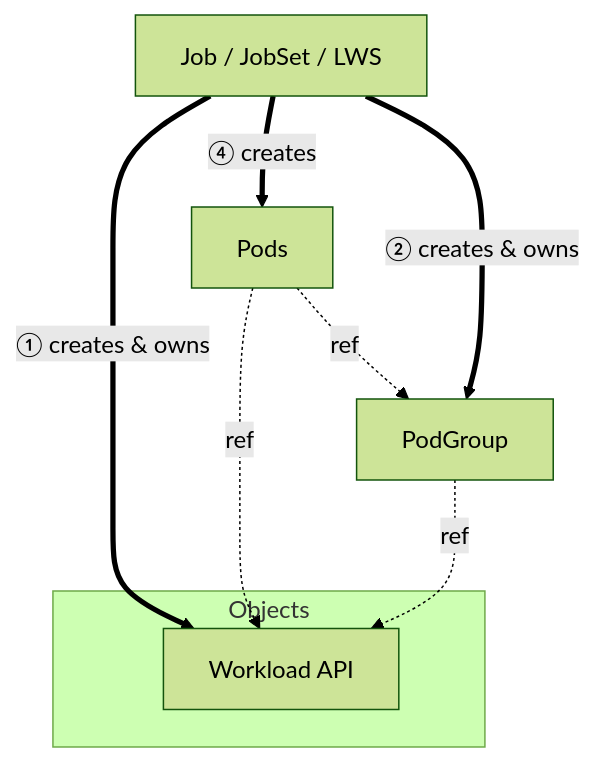
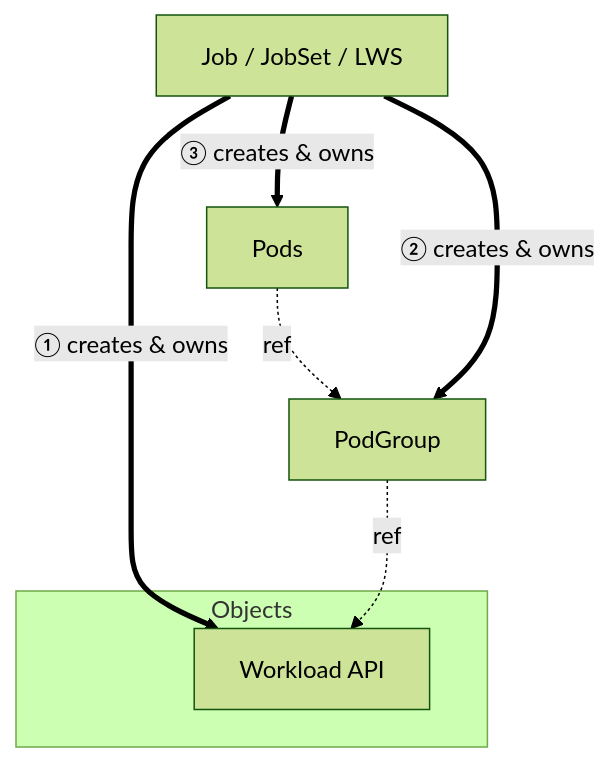
One commit to kubernetes/enhancements changed the diagram in keps/sig-scheduling/5832-decouple-podgroup-api/README.md. Above: the diagram before and after it, drawn with Mermaid (forest theme). The commit also changed other lines of this file and 1 other file, not shown here.

````diff
--- a/keps/sig-scheduling/5832-decouple-podgroup-api/README.md
+++ b/keps/sig-scheduling/5832-decouple-podgroup-api/README.md
@@ -417,19 +418,19 @@
 ```mermaid
 graph TB
     TW[Job / JobSet / LWS]
     subgraph Objects
       W[Workload API]
     end
     
     PG[PodGroup]
     P[Pods]
 
     P -.->|ref| PG
 
     TW ==>|"① creates & owns"| W
     TW ==>|"② creates & owns"| PG
-    TW ==>|"④ creates"| P
+    TW ==>|"③ creates & owns"| P
    
-    P -.->|ref| W
+
     PG -.->|ref| W  
 ```
````
